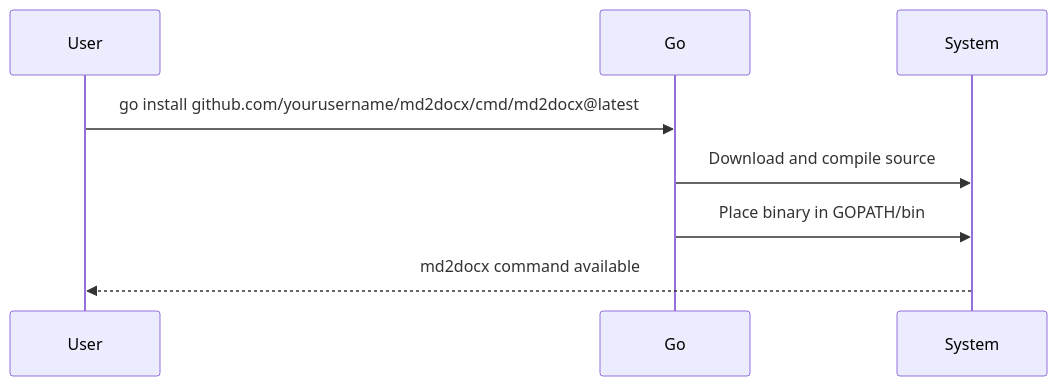
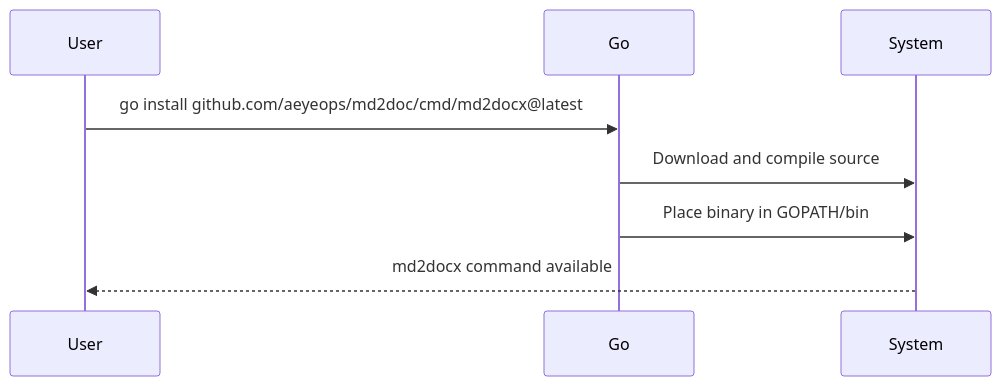
One commit to AeyeOps/md2doc changed the second of 4 diagrams in README.md. Above: the diagram before and after it, drawn with Mermaid. The commit also changed other lines of this file and 1 other file, not shown here.

````diff
--- a/README.md
+++ b/README.md
@@ -47,11 +47,11 @@
 ```mermaid
 sequenceDiagram
     participant User
     participant Go
     participant System
     
-    User->>Go: go install github.com/yourusername/md2docx/cmd/md2docx@latest
+    User->>Go: go install github.com/aeyeops/md2doc/cmd/md2docx@latest
     Go->>System: Download and compile source
     Go->>System: Place binary in GOPATH/bin
     System-->>User: md2docx command available
 ```
````
